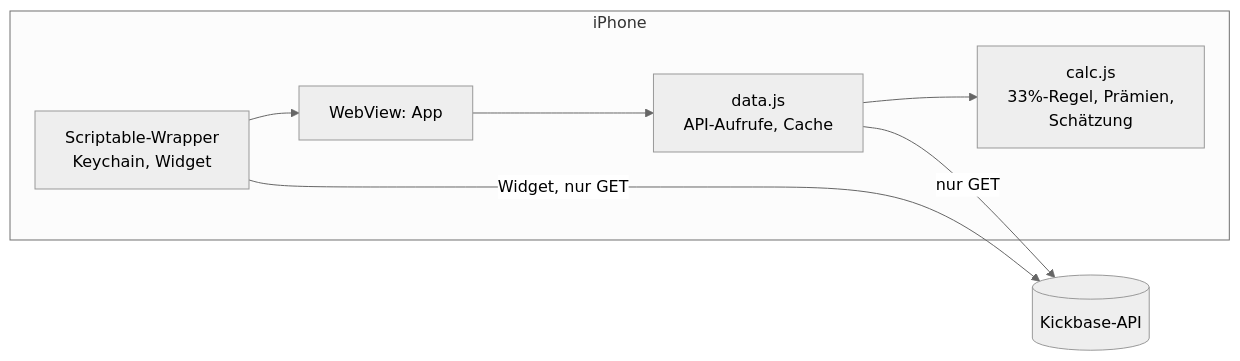
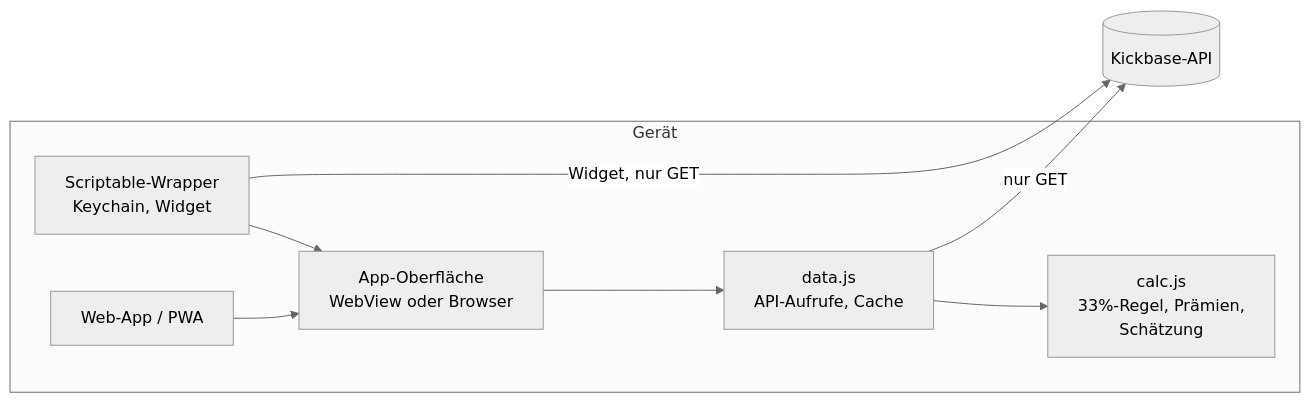
The diagram in README.md (azarucha/Kaderplaner), drawn with Mermaid (neutral theme) before and after one commit. The commit also changed other lines of this file and 26 other files, not shown here.

Commit message:
Web-App: Login, Demo-Seite, Manifest, Service Worker und Icons

````diff
--- a/README.md
+++ b/README.md
@@ -78,10 +89,11 @@
 ```mermaid
 flowchart LR
-  subgraph iPhone
-    W[Scriptable-Wrapper<br/>Keychain, Widget] --> V[WebView: App]
+  subgraph Gerät
+    W[Scriptable-Wrapper<br/>Keychain, Widget] --> V[App-Oberfläche<br/>WebView oder Browser]
+    P[Web-App / PWA] --> V
     V --> D[data.js<br/>API-Aufrufe, Cache]
     D --> C[calc.js<br/>33%-Regel, Prämien,<br/>Schätzung]
   end
   D -->|nur GET| K[(Kickbase-API)]
   W -->|Widget, nur GET| K
 ```
````
